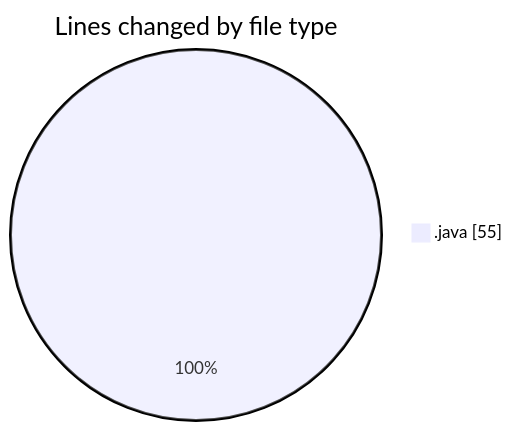
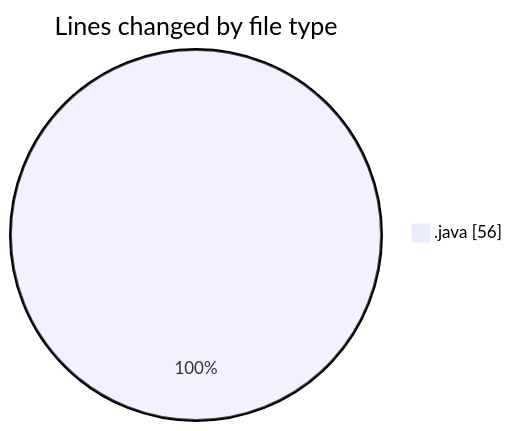
Before and after one commit to NitaiMahat/code-tracking: the first of 2 diagrams in 2025-01-29/java/README.md, drawn with Mermaid. The commit also changed other lines of this file and 1 other file, not shown here.

````diff
--- a/2025-01-29/java/README.md
+++ b/2025-01-29/java/README.md
@@ -23,5 +23,5 @@
 ```mermaid
 pie showData
 title Lines changed by file type
-".java" : 55
+".java" : 56
 ```
````
